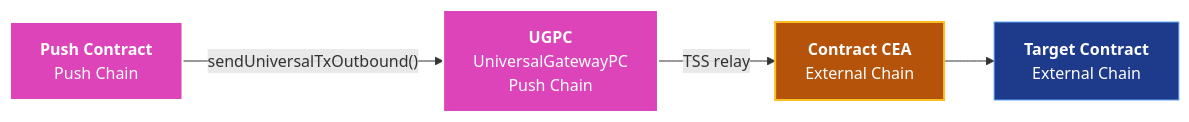
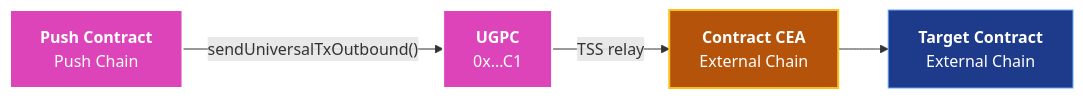
The second of 3 diagrams in docs/chain/03-build/09-Contract-Initiated-Multichain-Execution.mdx (VirenPanchal18/push-website), drawn with Mermaid before and after one commit. The commit also changed other lines of this file and 16 other files, not shown here.

Commit message:
docs: add contract-initiated examples with inbound/outbound/round-trip tutorials, include wire format encoding, CEA/UEA identity models, mermaid flow diagrams, troubleshooting tables, and GitHub repo integration components

````diff
--- a/docs/chain/03-build/09-Contract-Initiated-Multichain-Execution.mdx
+++ b/docs/chain/03-build/09-Contract-Initiated-Multichain-Execution.mdx
@@ -57,14 +106,14 @@
 ```mermaid
 flowchart LR
     PC["<b>Push Contract</b><br/>Push Chain"]
-    UGPC["<b>UGPC</b><br/>UniversalGatewayPC<br/>Push Chain"]
+    UGPC["<b>UGPC</b><br/>0x...C1"]
     CEA["<b>Contract CEA</b><br/>External Chain"]
     EXT["<b>Target Contract</b><br/>External Chain"]
 
     PC -->|"sendUniversalTxOutbound()"| UGPC -->|"TSS relay"| CEA --> EXT
 
     style PC fill:#dd44b9,stroke:#fff,stroke-width:2px,color:#fff
     style UGPC fill:#dd44b9,stroke:#fff,stroke-width:2px,color:#fff
     style CEA fill:#b45309,stroke:#fbbf24,stroke-width:2px,color:#fff
     style EXT fill:#1e3a8a,stroke:#60a5fa,color:#fff
 ```
````
